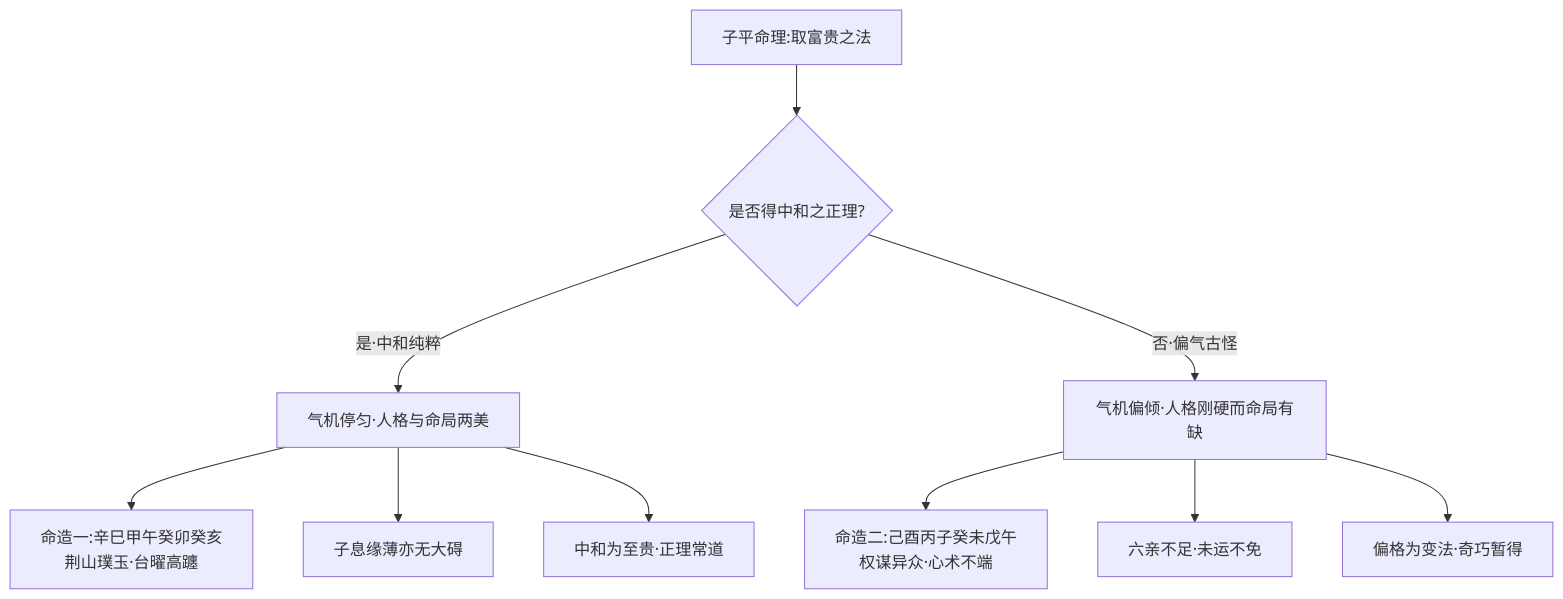
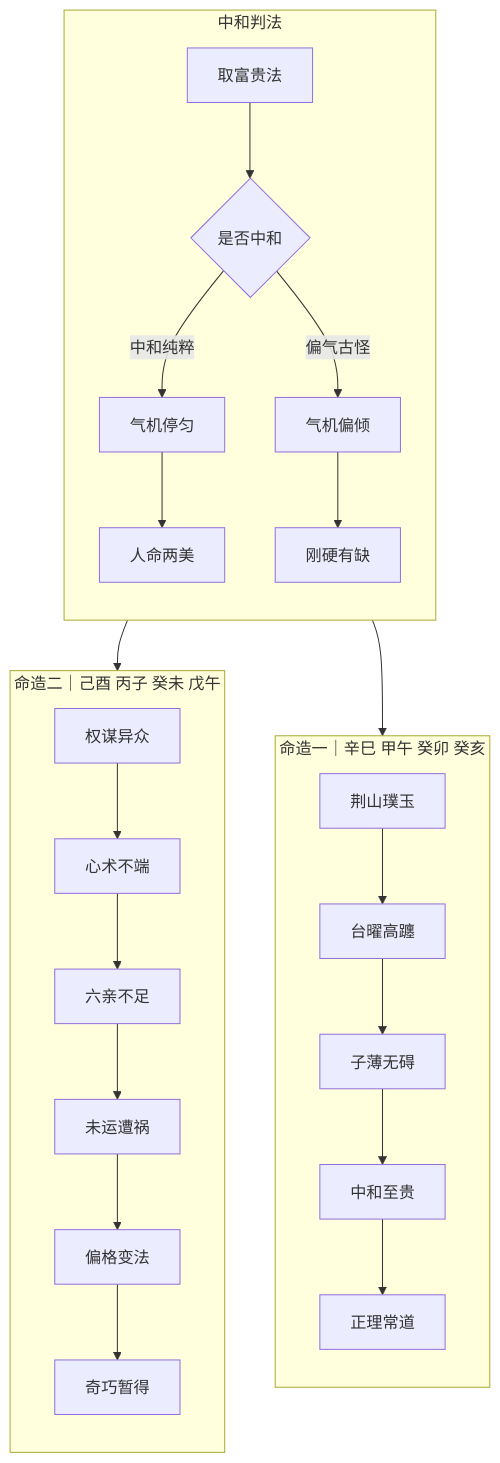
One commit to Banny-Gao/mingli-research changed the diagram in books/滴天髓阐微/articles/中和/interpretation.md. Above: the diagram before and after it, drawn with Mermaid. The commit also changed 41 other files, not shown here.

````diff
--- a/books/滴天髓阐微/articles/中和/interpretation.md
+++ b/books/滴天髓阐微/articles/中和/interpretation.md
@@ -63,12 +63,30 @@
 ```mermaid
 flowchart TD
-    A[子平命理:取富贵之法] --> B{是否得中和之正理?}
-    B -->|是·中和纯粹| C[气机停匀·人格与命局两美]
-    B -->|否·偏气古怪| D[气机偏倾·人格刚硬而命局有缺]
-    C --> C1[命造一:辛巳甲午癸卯癸亥<br/>荆山璞玉·台曜高躔]
-    C --> C2[子息缘薄亦无大碍]
-    D --> D1[命造二:己酉丙子癸未戊午<br/>权谋异众·心术不端]
-    D --> D2[六亲不足·未运不免]
-    C --> E[中和为至贵·正理常道]
-    D --> F[偏格为变法·奇巧暂得]
+    subgraph JUDGE["中和判法"]
+        direction TD
+        A[取富贵法] --> B{是否中和}
+        B -->|中和纯粹| C[气机停匀]
+        C --> C0[人命两美]
+        B -->|偏气古怪| D[气机偏倾]
+        D --> D0[刚硬有缺]
+    end
+
+    subgraph PURE["命造一｜辛巳 甲午 癸卯 癸亥"]
+        direction TD
+        C0 --> C1[荆山璞玉]
+        C1 --> C2[台曜高躔]
+        C2 --> C3[子薄无碍]
+        C3 --> E[中和至贵]
+        E --> E1[正理常道]
+    end
+
+    subgraph ODD["命造二｜己酉 丙子 癸未 戊午"]
+        direction TD
+        D0 --> D1[权谋异众]
+        D1 --> D2[心术不端]
+        D2 --> D3[六亲不足]
+        D3 --> D4[未运遭祸]
+        D4 --> F[偏格变法]
+        F --> F1[奇巧暂得]
+    end
 ```
````
